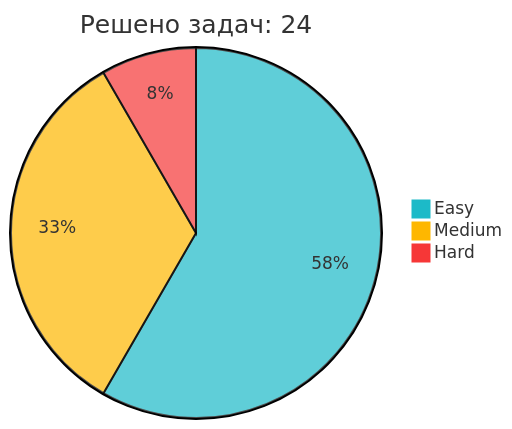
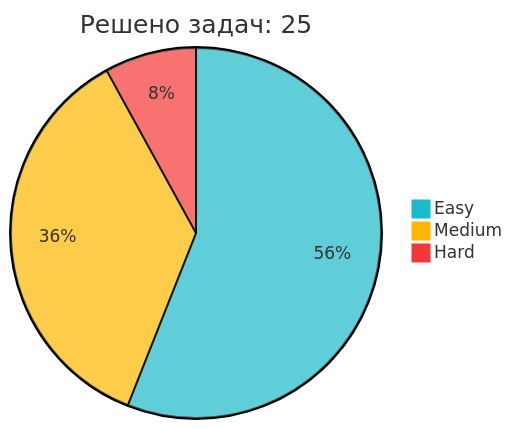
One commit to IliaKurdukov/IliaKurdukov changed the diagram in README.md. Above: the diagram before and after it, drawn with Mermaid. The commit also changed other lines of this file, not shown here.

Commit message:
📈 Обновление статистики LeetCode

````diff
--- a/README.md
+++ b/README.md
@@ -51,7 +51,7 @@
 ```mermaid
 %%{init: {'theme': 'base', 'themeVariables': { 'pie1': '#1CBAC8', 'pie2': '#FEB700', 'pie3': '#F63737' }, 'config': {'width': 300, 'height': 200}}}%%
-pie title Решено задач: 24
+pie title Решено задач: 25
    "Easy" : 14
-   "Medium" : 8
+   "Medium" : 9
    "Hard" : 2
 ```
````
